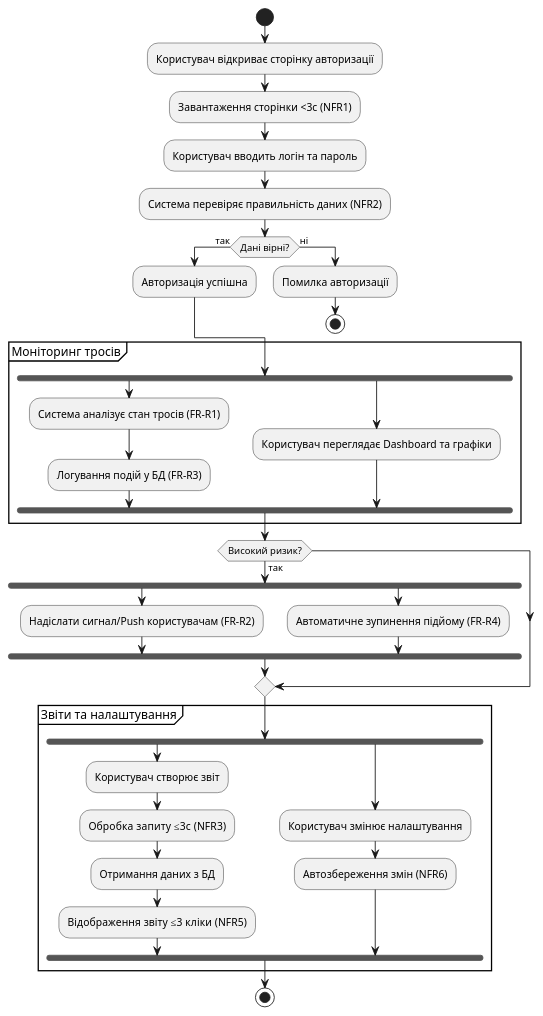
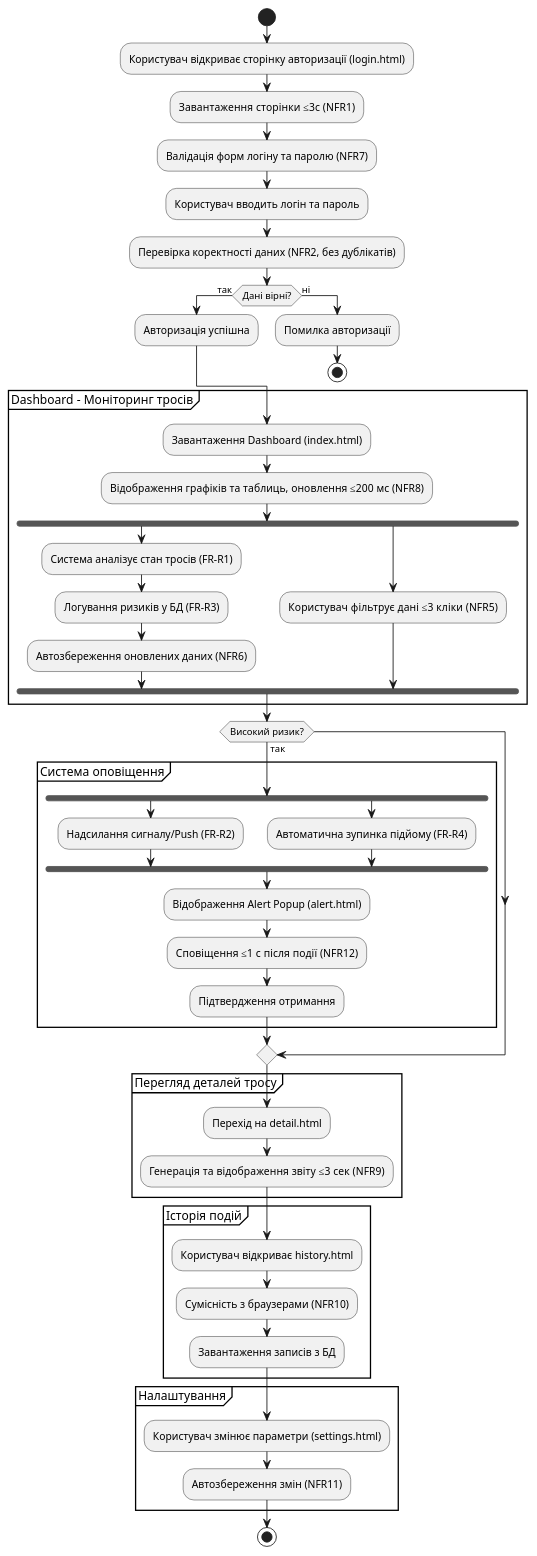
The diagram in 4-UserInterface/wireframes/README.md (olgasolovei/yakusha89-gmail.com), drawn with PlantUML before and after one commit.

```diff
--- a/4-UserInterface/wireframes/README.md
+++ b/4-UserInterface/wireframes/README.md
@@ -1,46 +1,64 @@
 @startuml
 start
 
-:Користувач відкриває сторінку авторизації;
-:Завантаження сторінки <3с (NFR1);
+
+:Користувач відкриває сторінку авторизації (login.html);
+:Завантаження сторінки ≤3с (NFR1);
+:Валідація форм логіну та паролю (NFR7);
+
 :Користувач вводить логін та пароль;
-:Система перевіряє правильність даних (NFR2);
+:Перевірка коректності даних (NFR2, без дублікатів);
 
 if (Дані вірні?) then (так)
-  :Авторизація успішна;
+    :Авторизація успішна;
 else (ні)
-  :Помилка авторизації;
-  stop
+    :Помилка авторизації;
+    stop
 endif
 
-partition "Моніторинг тросів" {
+partition "Dashboard – Моніторинг тросів" {
+    :Завантаження Dashboard (index.html);
+    :Відображення графіків та таблиць, оновлення ≤200 мс (NFR8);
+
     fork
         :Система аналізує стан тросів (FR-R1);
-        :Логування подій у БД (FR-R3);
+        :Логування ризиків у БД (FR-R3);
+        :Автозбереження оновлених даних (NFR6);
     fork again
-        :Користувач переглядає Dashboard та графіки;
+        :Користувач фільтрує дані ≤3 кліки (NFR5);
     end fork
 }
 
 if (Високий ризик?) then (так)
-    fork
-        :Надіслати сигнал/Push користувачам (FR-R2);
-    fork again
-        :Автоматичне зупинення підйому (FR-R4);
-    end fork
+    partition "Система оповіщення" {
+        fork
+            :Надсилання сигналу/Push (FR-R2);
+        fork again
+            :Автоматична зупинка підйому (FR-R4);
+        end fork
+
+        :Відображення Alert Popup (alert.html);
+        :Сповіщення ≤1 с після події (NFR12);
+        :Підтвердження отримання;
+    }
 endif
 
-partition "Звіти та налаштування" {
-    fork
-        :Користувач створює звіт;
-        :Обробка запиту ≤3с (NFR3);
-        :Отримання даних з БД;
-        :Відображення звіту ≤3 кліки (NFR5);
-    fork again
-        :Користувач змінює налаштування;
-        :Автозбереження змін (NFR6);
-    end fork
+partition "Перегляд деталей тросу" {
+    :Перехід на detail.html;
+    :Генерація та відображення звіту ≤3 сек (NFR9);
+}
+
+partition "Історія подій" {
+    :Користувач відкриває history.html;
+    :Сумісність з браузерами (NFR10);
+    :Завантаження записів з БД;
+}
+
+
+partition "Налаштування" {
+    :Користувач змінює параметри (settings.html);
+    :Автозбереження змін (NFR11);
 }
 
 stop
 @enduml
```
